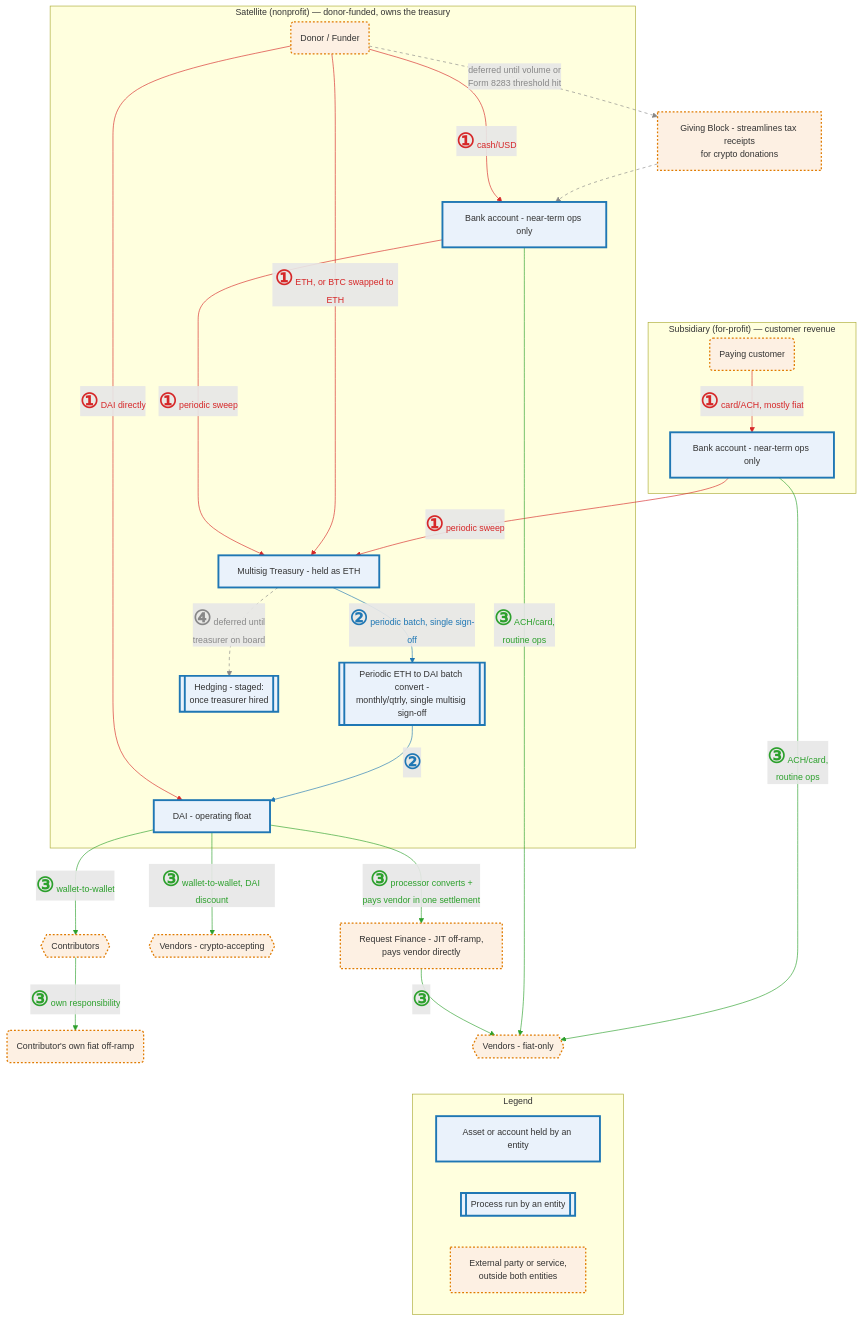
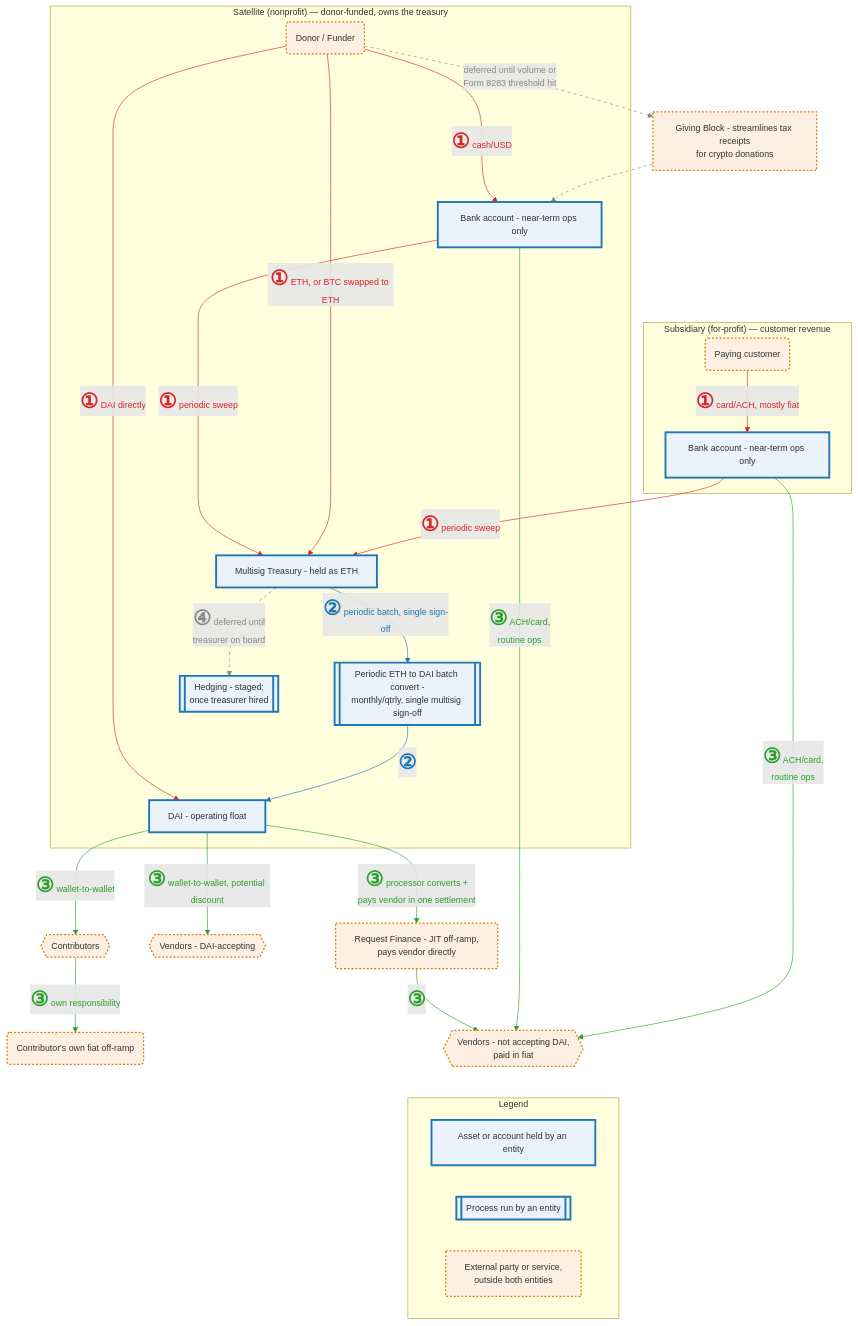
One commit to doikayt/admin changed the diagram in governance/diagrams/fund-flows.mmd. Above: the diagram before and after it, drawn with Mermaid. The commit also changed 3 other files, not shown here.

First line of the commit message:
docs: split vendors by DAI acceptance, make the payment discount optional

```diff
--- a/governance/diagrams/fund-flows.mmd
+++ b/governance/diagrams/fund-flows.mmd
@@ -1,67 +1,67 @@
 %%{init: {"themeVariables": {"fontSize": "14px"}}}%%
 flowchart TD
     subgraph SAT["Satellite (nonprofit) — donor-funded, owns the treasury"]
         Donor(Donor / Funder)
         SatBank[Bank account - near-term ops only]
         Treasury[Multisig Treasury - held as ETH]
         BatchConvert[[Periodic ETH to DAI batch convert -<br/>monthly/qtrly, single multisig sign-off]]
         DAIFloat[DAI - operating float]
         Hedge[[Hedging - staged:<br/>once treasurer hired]]
     end
 
     subgraph SUB["Subsidiary (for-profit) — customer revenue"]
         Customer(Paying customer)
         SubBank[Bank account - near-term ops only]
     end
 
     DonationProcessor[Giving Block - streamlines tax receipts<br/>for crypto donations]
     Contributors{{Contributors}}
     ContribOfframp(Contributor's own fiat off-ramp)
-    VendorsCrypto{{Vendors - crypto-accepting}}
+    VendorsCrypto{{Vendors - DAI-accepting}}
     OffRampJIT[Request Finance - JIT off-ramp,<br/>pays vendor directly]
-    VendorsFiat{{Vendors - fiat-only}}
+    VendorsFiat{{Vendors - not accepting DAI,<br/>paid in fiat}}
 
     subgraph LEGEND["Legend"]
         L1[Asset or account held by an entity]
         L1b[[Process run by an entity]]
         L2[External party or service,<br/>outside both entities]
     end
 
     Donor -- "<b style='font-size:2.3em'>①</b> cash/USD" --> SatBank
     SatBank -- "<b style='font-size:2.3em'>①</b> periodic sweep" --> Treasury
     Donor -- "<b style='font-size:2.3em'>①</b> DAI directly" --> DAIFloat
     Donor -- "<b style='font-size:2.3em'>①</b> ETH, or BTC swapped to ETH" --> Treasury
     Customer -- "<b style='font-size:2.3em'>①</b> card/ACH, mostly fiat" --> SubBank
     SubBank -- "<b style='font-size:2.3em'>①</b> periodic sweep" --> Treasury
 
     Donor -.->|"deferred until volume or<br/>Form 8283 threshold hit"| DonationProcessor
 
     Treasury -- "<b style='font-size:2.3em'>②</b> periodic batch, single sign-off" --> BatchConvert
     BatchConvert -- "<b style='font-size:2.3em'>②</b>" --> DAIFloat
 
     DAIFloat -- "<b style='font-size:2.3em'>③</b> wallet-to-wallet" --> Contributors
     Contributors -- "<b style='font-size:2.3em'>③</b> own responsibility" --> ContribOfframp
-    DAIFloat -- "<b style='font-size:2.3em'>③</b> wallet-to-wallet, DAI discount" --> VendorsCrypto
+    DAIFloat -- "<b style='font-size:2.3em'>③</b> wallet-to-wallet, potential discount" --> VendorsCrypto
     DAIFloat -- "<b style='font-size:2.3em'>③</b> processor converts +<br/>pays vendor in one settlement" --> OffRampJIT
     OffRampJIT -- "<b style='font-size:2.3em'>③</b>" --> VendorsFiat
     SatBank -- "<b style='font-size:2.3em'>③</b> ACH/card,<br/>routine ops" --> VendorsFiat
     SubBank -- "<b style='font-size:2.3em'>③</b> ACH/card,<br/>routine ops" --> VendorsFiat
 
     Treasury -.->|"<b style='font-size:2.3em'>④</b> deferred until<br/>treasurer on board"| Hedge
 
     SatBank ~~~ Customer
     VendorsFiat ~~~ LEGEND
     DonationProcessor -.-> SatBank
 
     linkStyle 0,1,2,3,4,5 stroke:#d62728,color:#d62728
     linkStyle 7,8 stroke:#1f77b4,color:#1f77b4
     linkStyle 9,10,11,12,13,14,15 stroke:#2ca02c,color:#2ca02c
     linkStyle 6,16,19 stroke:#888888,color:#888888,stroke-dasharray: 5 5
 
     classDef owned fill:#eaf2fb,stroke:#1f77b4,stroke-width:3px
     classDef external fill:#fdf0e3,stroke:#e07b00,stroke-width:2px,stroke-dasharray:3 3
     class L1,L1b owned
     class L2 external
     class Treasury,SatBank,SubBank,BatchConvert,DAIFloat,Hedge owned
     class Donor,DonationProcessor,Customer,Contributors,ContribOfframp external
     class VendorsCrypto,OffRampJIT,VendorsFiat external
```
